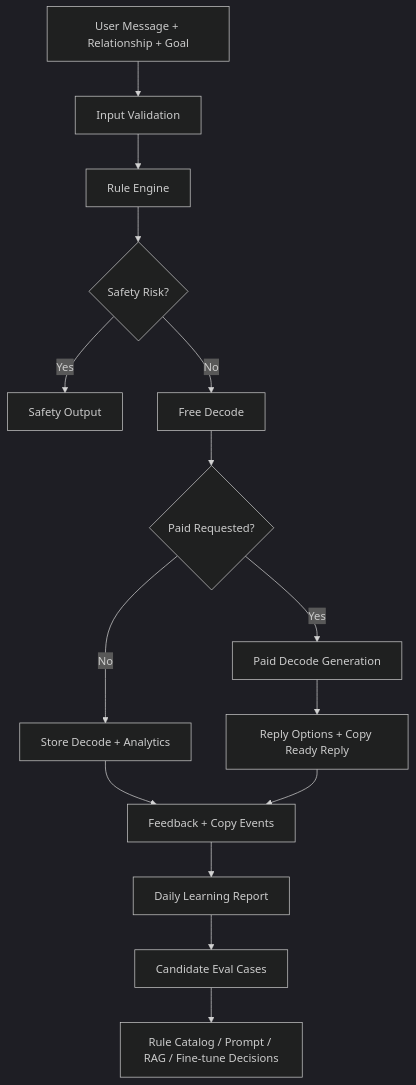
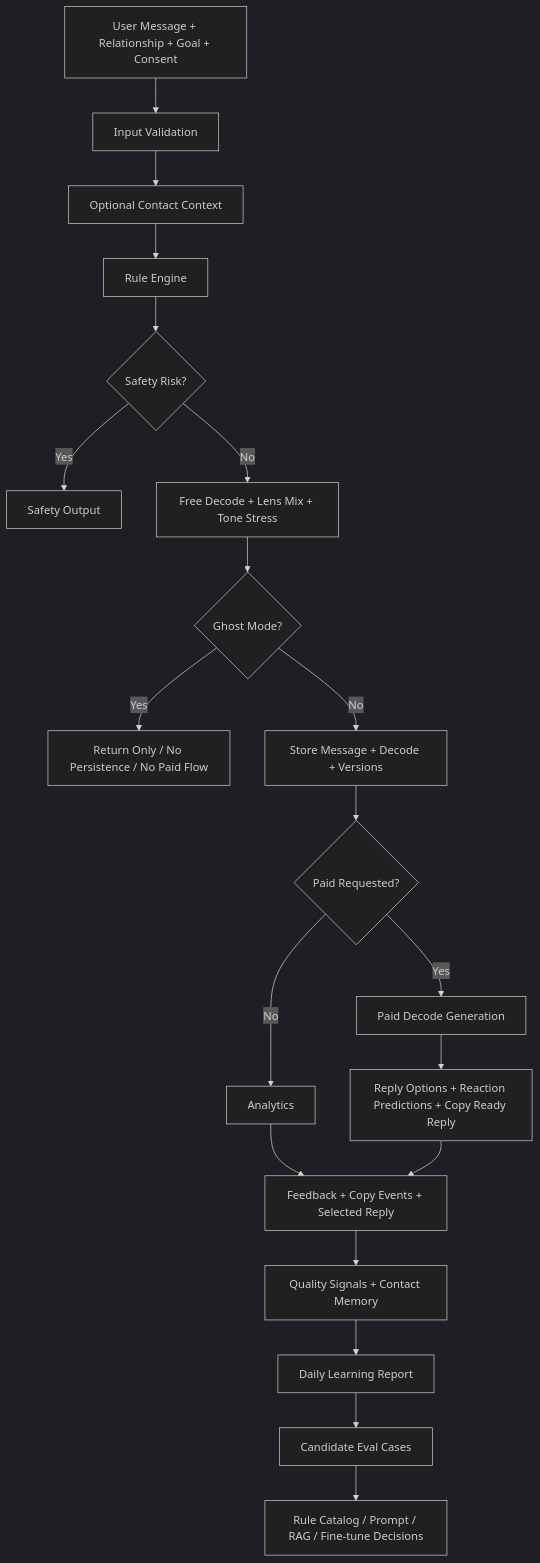
The first of 2 diagrams in docs/AI_PRODUCT_ARCHITECTURE.md (Amirali110ir/message-decoder), drawn with Mermaid (dark theme) before and after one commit. The commit also changed other lines of this file and 38 other files, not shown here.

````diff
--- a/docs/AI_PRODUCT_ARCHITECTURE.md
+++ b/docs/AI_PRODUCT_ARCHITECTURE.md
@@ -40,17 +42,22 @@
 ```mermaid
 flowchart TD
-    A["User Message + Relationship + Goal"] --> B["Input Validation"]
-    B --> C["Rule Engine"]
-    C --> D{"Safety Risk?"}
-    D -- "Yes" --> E["Safety Output"]
-    D -- "No" --> F["Free Decode"]
-    F --> G{"Paid Requested?"}
-    G -- "No" --> H["Store Decode + Analytics"]
-    G -- "Yes" --> I["Paid Decode Generation"]
-    I --> J["Reply Options + Copy Ready Reply"]
-    H --> K["Feedback + Copy Events"]
-    J --> K
-    K --> L["Daily Learning Report"]
-    L --> M["Candidate Eval Cases"]
-    M --> N["Rule Catalog / Prompt / RAG / Fine-tune Decisions"]
+    A["User Message + Relationship + Goal + Consent"] --> B["Input Validation"]
+    B --> C["Optional Contact Context"]
+    C --> D["Rule Engine"]
+    D --> E{"Safety Risk?"}
+    E -- "Yes" --> F["Safety Output"]
+    E -- "No" --> G["Free Decode + Lens Mix + Tone Stress"]
+    G --> H{"Ghost Mode?"}
+    H -- "Yes" --> I["Return Only / No Persistence / No Paid Flow"]
+    H -- "No" --> J["Store Message + Decode + Versions"]
+    J --> K{"Paid Requested?"}
+    K -- "No" --> L["Analytics"]
+    K -- "Yes" --> M["Paid Decode Generation"]
+    M --> N["Reply Options + Reaction Predictions + Copy Ready Reply"]
+    L --> O["Feedback + Copy Events + Selected Reply"]
+    N --> O
+    O --> P["Quality Signals + Contact Memory"]
+    P --> Q["Daily Learning Report"]
+    Q --> R["Candidate Eval Cases"]
+    R --> S["Rule Catalog / Prompt / RAG / Fine-tune Decisions"]
 ```
````
